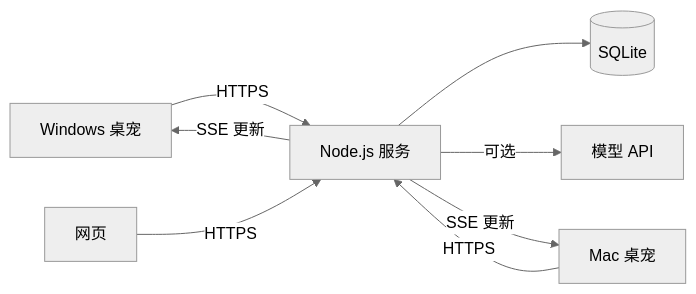
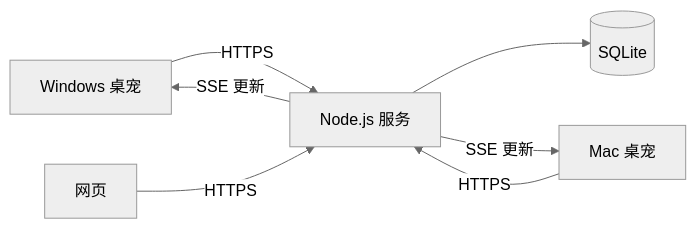
One commit to Xiaoshu0553/our-garden changed the diagram in README.md. Above: the diagram before and after it, drawn with Mermaid (neutral theme). The commit also changed other lines of this file and 2 other files, not shown here.

````diff
--- a/README.md
+++ b/README.md
@@ -109,10 +100,9 @@
 ```mermaid
 flowchart LR
   W[Windows 桌宠] -->|HTTPS| S[Node.js 服务]
   M[Mac 桌宠] -->|HTTPS| S
   B[网页] -->|HTTPS| S
   S --> D[(SQLite)]
-  S -->|可选| A[模型 API]
   S -->|SSE 更新| W
   S -->|SSE 更新| M
 ```
````
